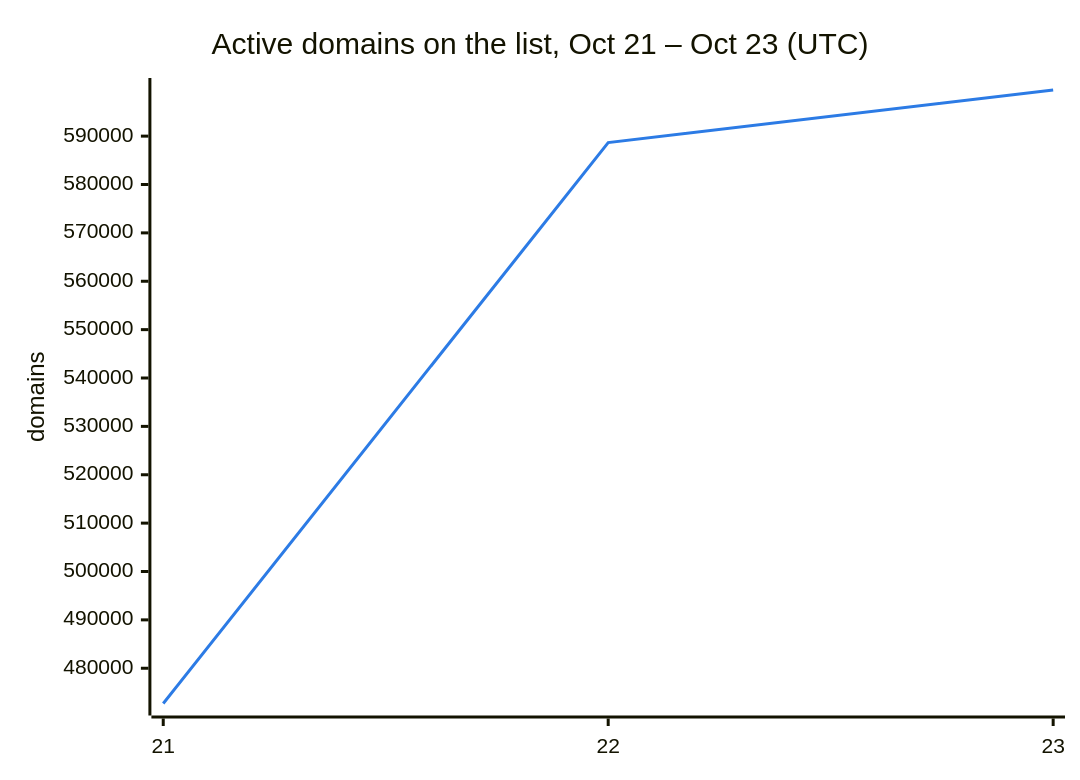
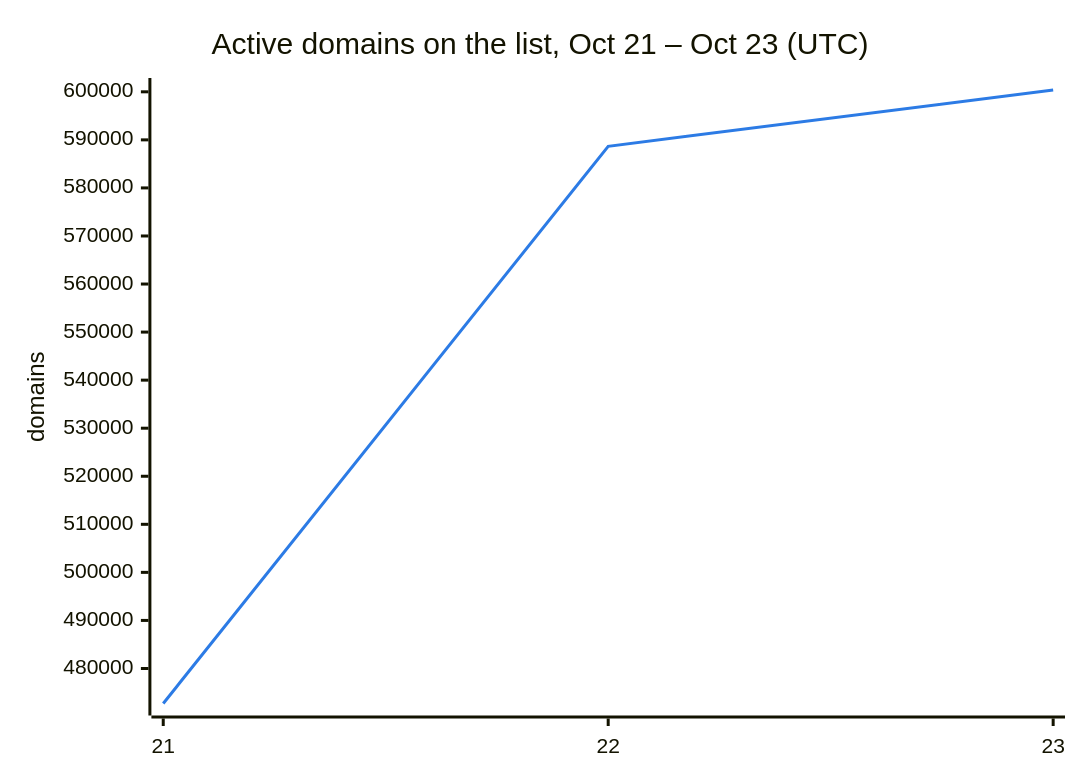
Before and after one commit to DNSBunker/CTI: the second of 3 diagrams in README.md, drawn with Mermaid. The commit also changed other lines of this file and 3 other files, not shown here.

````diff
--- a/README.md
+++ b/README.md
@@ -38,8 +38,8 @@
 ```mermaid
 %%{init: {"themeVariables": {"xyChart": {"plotColorPalette": "#2c7be5"}}}}%%
 xychart-beta
     title "Active domains on the list, Oct 21 – Oct 23 (UTC)"
     x-axis ["21", "22", "23"]
     y-axis "domains"
-    line [472713, 588659, 599537]
+    line [472713, 588659, 600377]
 ```
````
